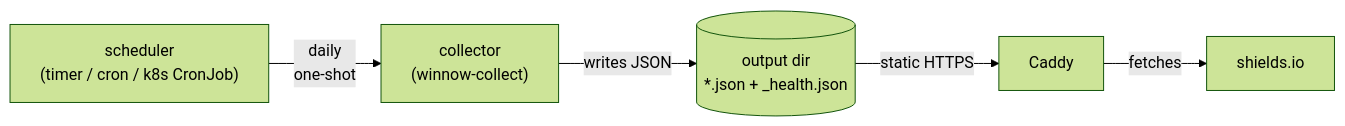
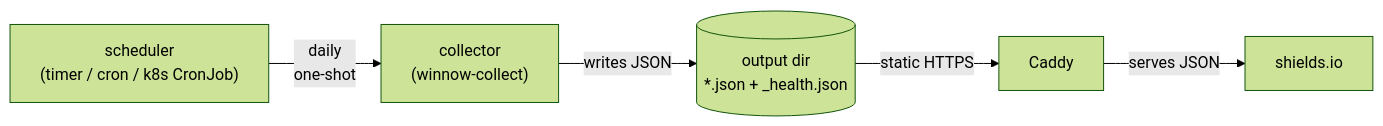
One commit to cmeans/pypi-winnow-downloads changed the diagram in deploy/README.md. Above: the diagram before and after it, drawn with Mermaid (forest theme).

Commit message:
docs(deploy): fix Mermaid edge-label direction on Caddy->shields.io
QA round 3 finding: the edge label "fetches" on `Caddy -->|fetches|
ShieldsIO` reads as "Caddy fetches shields.io" which is backwards —
shields.io is the consumer, not Caddy. Every other edge label in the
diagram describes what the source node does ("writes JSON",
"static HTTPS", "daily one-shot"); this one didn't.

Per QA's suggestion: rename to "serves JSON" so the source-node-action
convention is consistent across all four edges. No other changes.

````diff
--- a/deploy/README.md
+++ b/deploy/README.md
@@ -21,7 +21,7 @@
 ```mermaid
 flowchart LR
     Scheduler["scheduler<br/>(timer / cron / k8s CronJob)"] -->|"daily<br/>one-shot"| Collector["collector<br/>(winnow-collect)"]
     Collector -->|writes JSON| OutputDir[("output dir<br/>*.json + _health.json")]
     OutputDir -->|static HTTPS| Caddy
-    Caddy -->|fetches| ShieldsIO[shields.io]
+    Caddy -->|serves JSON| ShieldsIO[shields.io]
 ```
````
